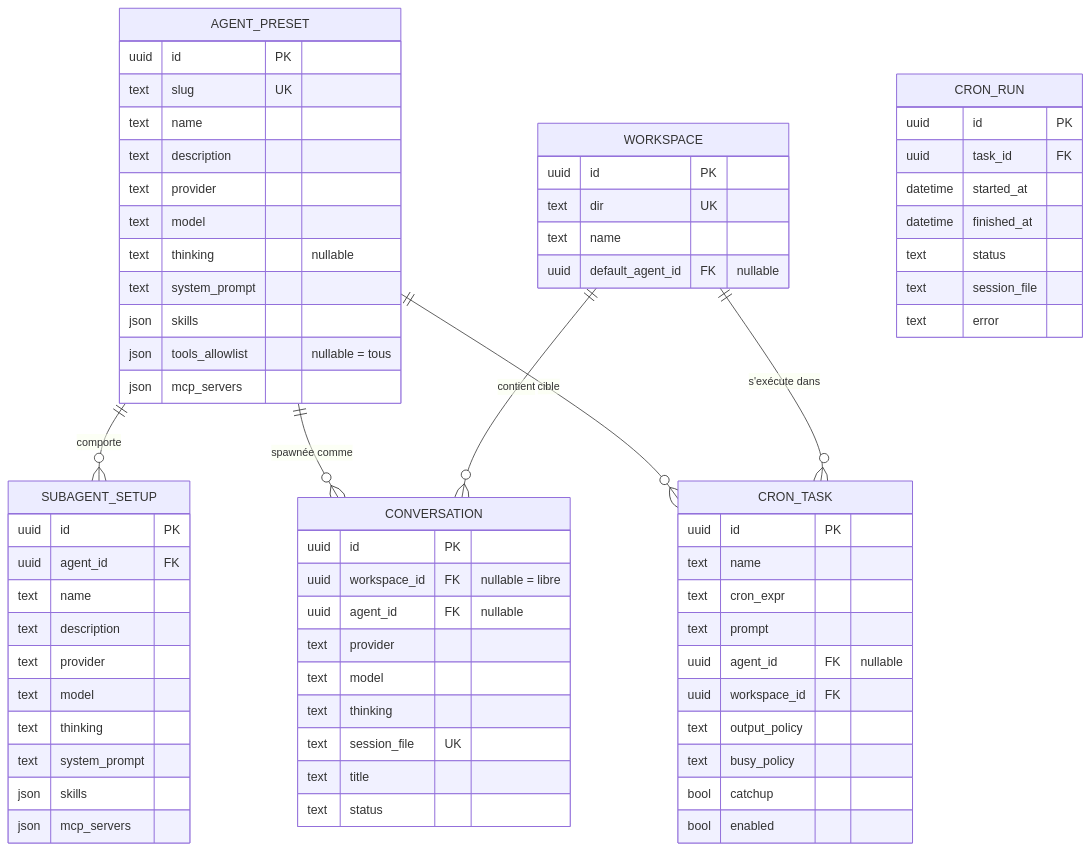
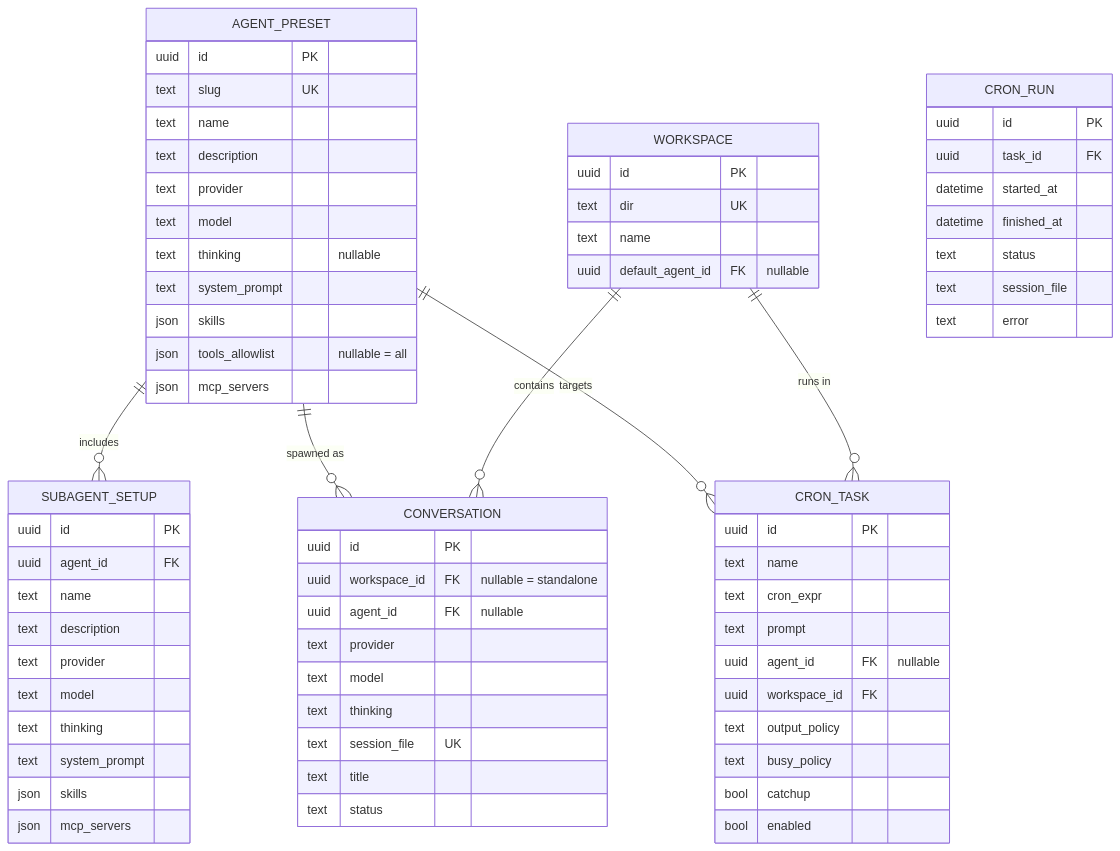
One commit to IgnitionAI/cogitator changed the diagram in docs/architecture/domain-model.md. Above: the diagram before and after it, drawn with Mermaid. The commit also changed other lines of this file and 23 other files, not shown here.

````diff
--- a/docs/architecture/domain-model.md
+++ b/docs/architecture/domain-model.md
@@ -79,72 +79,72 @@
 ```mermaid
 erDiagram
-    AGENT_PRESET ||--o{ SUBAGENT_SETUP : "comporte"
-    AGENT_PRESET ||--o{ CONVERSATION : "spawnée comme"
-    AGENT_PRESET ||--o{ CRON_TASK : "cible"
-    WORKSPACE ||--o{ CONVERSATION : "contient"
-    WORKSPACE ||--o{ CRON_TASK : "s'exécute dans"
+    AGENT_PRESET ||--o{ SUBAGENT_SETUP : "includes"
+    AGENT_PRESET ||--o{ CONVERSATION : "spawned as"
+    AGENT_PRESET ||--o{ CRON_TASK : "targets"
+    WORKSPACE ||--o{ CONVERSATION : "contains"
+    WORKSPACE ||--o{ CRON_TASK : "runs in"
 
     AGENT_PRESET {
         uuid id PK
         text slug UK
         text name
         text description
         text provider
         text model
         text thinking "nullable"
         text system_prompt
         json skills
-        json tools_allowlist "nullable = tous"
+        json tools_allowlist "nullable = all"
         json mcp_servers
     }
     SUBAGENT_SETUP {
         uuid id PK
         uuid agent_id FK
         text name
         text description
         text provider
         text model
         text thinking
         text system_prompt
         json skills
         json mcp_servers
     }
     WORKSPACE {
         uuid id PK
         text dir UK
         text name
         uuid default_agent_id FK "nullable"
     }
     CONVERSATION {
         uuid id PK
-        uuid workspace_id FK "nullable = libre"
+        uuid workspace_id FK "nullable = standalone"
         uuid agent_id FK "nullable"
         text provider
         text model
         text thinking
         text session_file UK
         text title
         text status
     }
     CRON_TASK {
         uuid id PK
         text name
         text cron_expr
         text prompt
         uuid agent_id FK "nullable"
         uuid workspace_id FK
         text output_policy
         text busy_policy
         bool catchup
         bool enabled
     }
     CRON_RUN {
         uuid id PK
         uuid task_id FK
         datetime started_at
         datetime finished_at
         text status
         text session_file
         text error
     }
 ```
````
